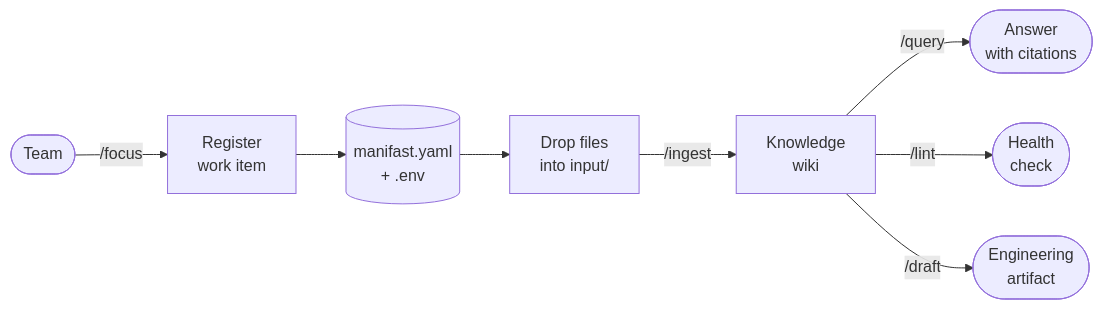
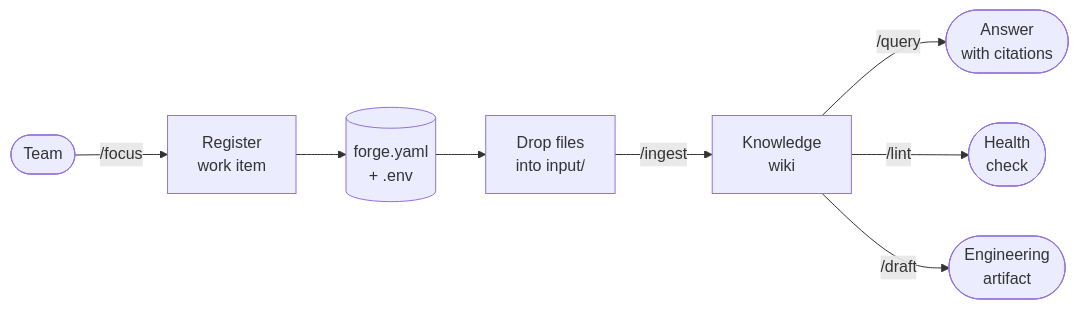
Before and after one commit to cooperacode/forge: the diagram in README.md, drawn with Mermaid. The commit also changed other lines of this file and 41 other files, not shown here.

````diff
--- a/README.md
+++ b/README.md
@@ -16,10 +16,10 @@
 ```mermaid
 flowchart LR
     A([Team]) -->|/focus| B[Register<br/>work item]
-    B --> C[(manifast.yaml<br/>+ .env)]
+    B --> C[(forge.yaml<br/>+ .env)]
     C --> D[Drop files<br/>into input/]
     D -->|/ingest| E[Knowledge<br/>wiki]
     E -->|/query| F([Answer<br/>with citations])
     E -->|/lint| G([Health<br/>check])
     E -->|/draft| H([Engineering<br/>artifact])
 ```
````
